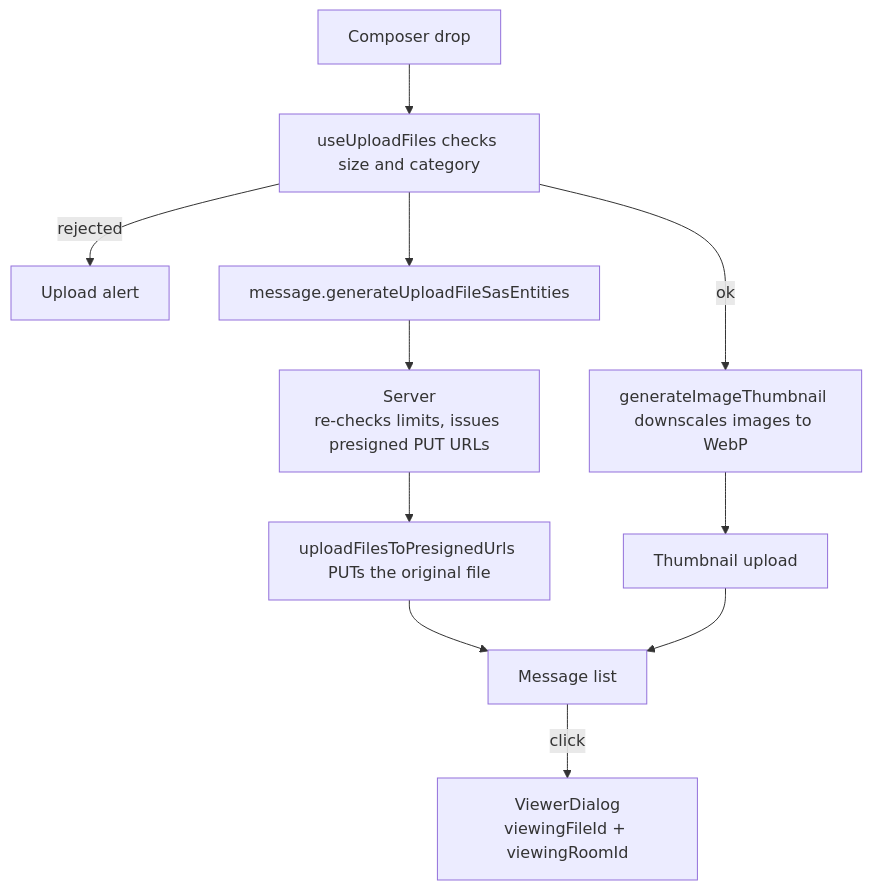
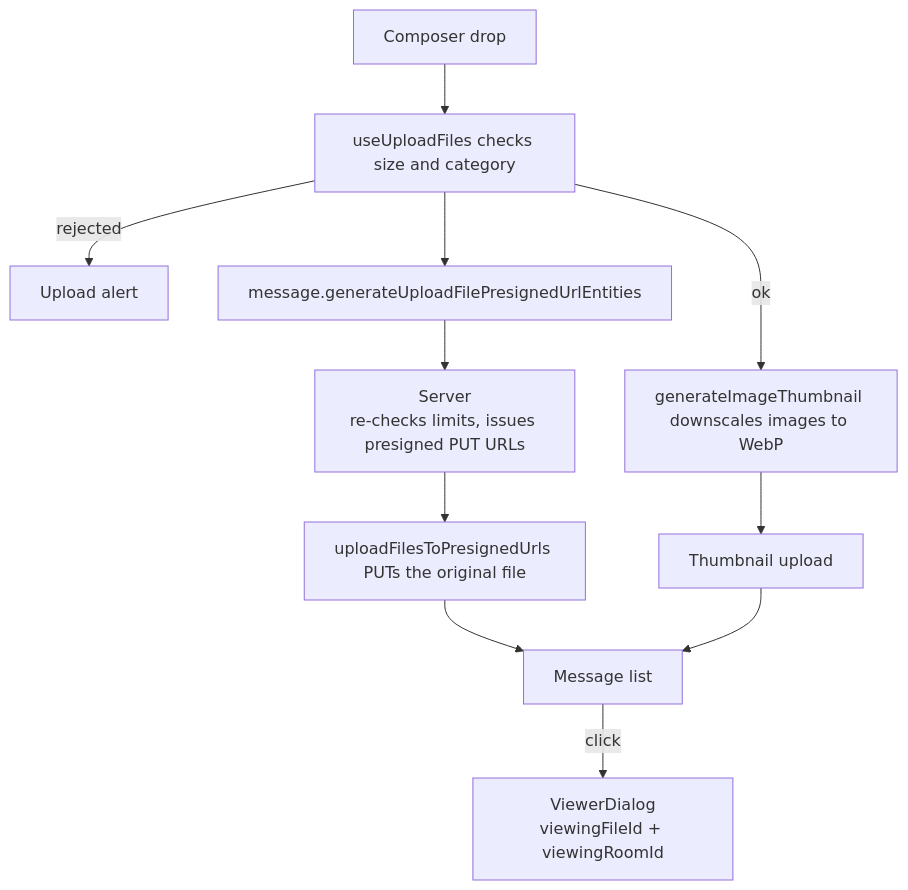
Before and after one commit to Esposter/Esposter: the diagram in openspec/specs/esbabbler/file-media/design.md, drawn with Mermaid. The commit also changed other lines of this file and 130 other files, not shown here.

First line of the commit message:
refactor(storage): Azure's SAS names become presigned url names

````diff
--- a/openspec/specs/esbabbler/file-media/design.md
+++ b/openspec/specs/esbabbler/file-media/design.md
@@ -22,13 +22,13 @@
 ```mermaid
 flowchart TD
   drop["Composer drop"] --> validate[useUploadFiles checks size and category]
   validate -->|rejected| alert["Upload alert"]
   validate -->|ok| thumb[generateImageThumbnail downscales images to WebP]
-  validate --> sas[message.generateUploadFileSasEntities]
+  validate --> sas[message.generateUploadFilePresignedUrlEntities]
   sas --> enforce[Server<br/>re-checks limits, issues presigned PUT URLs]
   enforce --> upload[uploadFilesToPresignedUrls PUTs the original file]
   thumb --> upthumb["Thumbnail upload"]
   upload --> render["Message list"]
   upthumb --> render
   render -->|click| viewer["ViewerDialog<br/>viewingFileId + viewingRoomId"]
 ```
````
